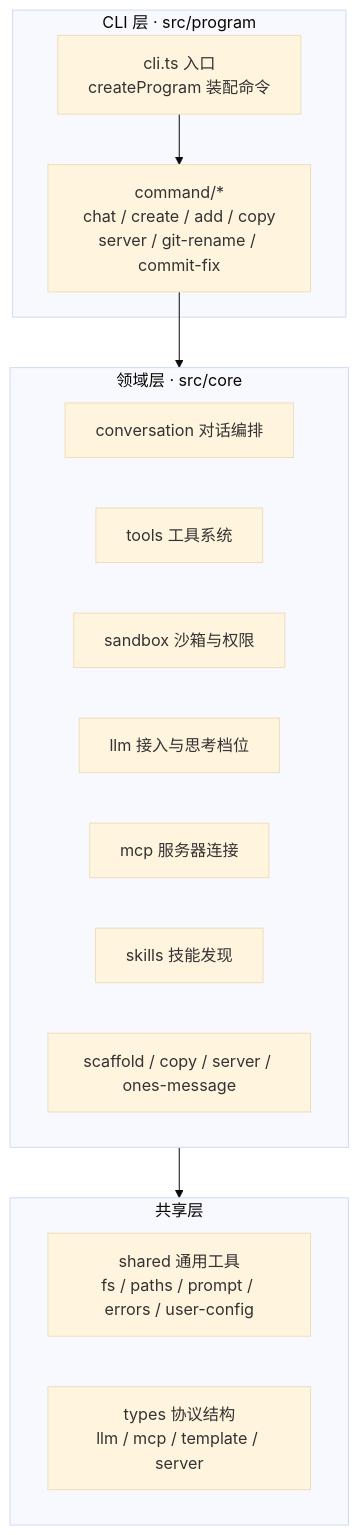
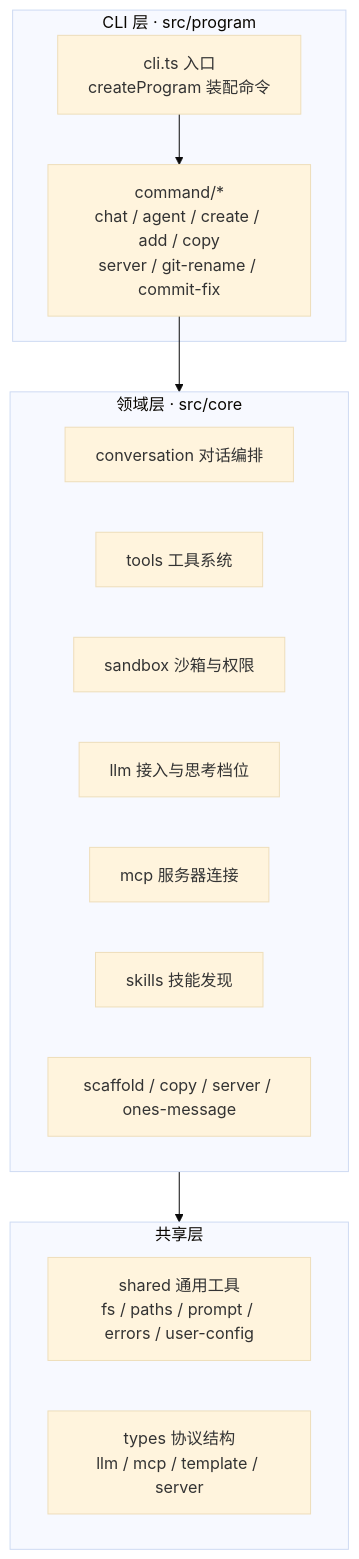
Before and after one commit to tanyueran/tx-cli: the first of 3 diagrams in ARCHITECTURE.md, drawn with Mermaid (base theme). The commit also changed other lines of this file and 22 other files, not shown here.

````diff
--- a/ARCHITECTURE.md
+++ b/ARCHITECTURE.md
@@ -19,22 +19,22 @@
 ```mermaid
 flowchart TD
     subgraph CLI层["CLI 层 · src/program"]
         CLI["cli.ts 入口<br/>createProgram 装配命令"]
-        CMDS["command/*<br/>chat / create / add / copy<br/>server / git-rename / commit-fix"]
+        CMDS["command/*<br/>chat / agent / create / add / copy<br/>server / git-rename / commit-fix"]
     end
     subgraph 领域层["领域层 · src/core"]
         CONV["conversation 对话编排"]
         TOOLS["tools 工具系统"]
         SANDBOX["sandbox 沙箱与权限"]
         LLM["llm 接入与思考档位"]
         MCP["mcp 服务器连接"]
         SKILLS["skills 技能发现"]
         SCAFFOLD["scaffold / copy / server / ones-message"]
     end
     subgraph 共享层["共享层"]
         SHARED["shared 通用工具<br/>fs / paths / prompt / errors / user-config"]
         TYPES["types 协议结构<br/>llm / mcp / template / server"]
     end
     CLI --> CMDS --> 领域层
     领域层 --> 共享层
 ```
````
